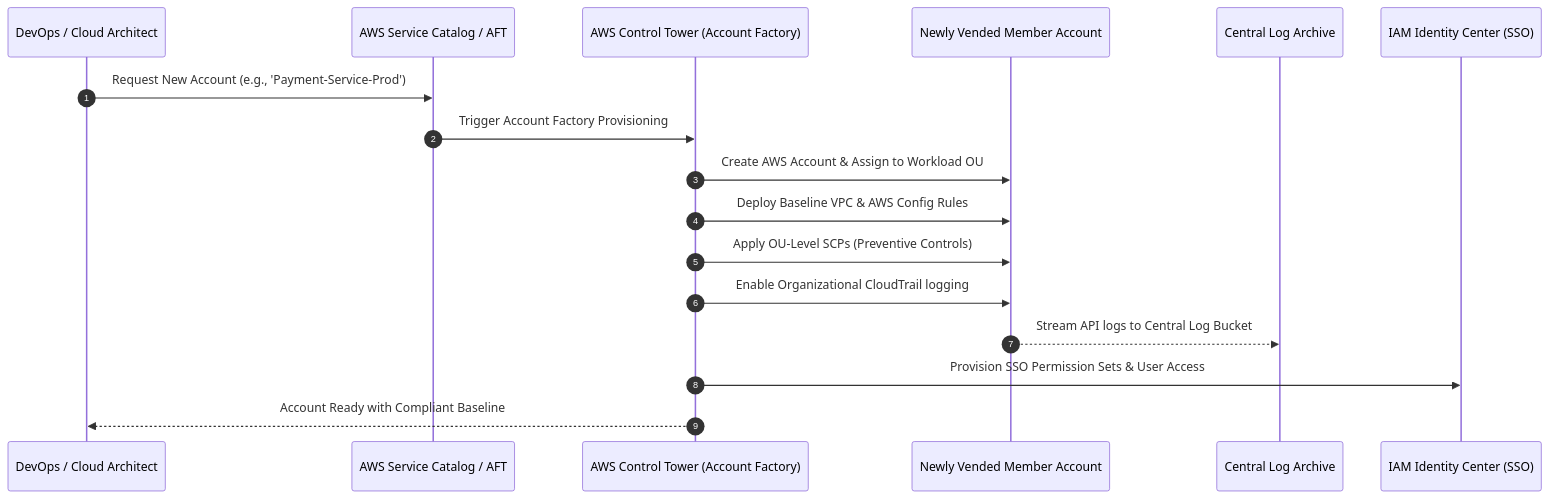
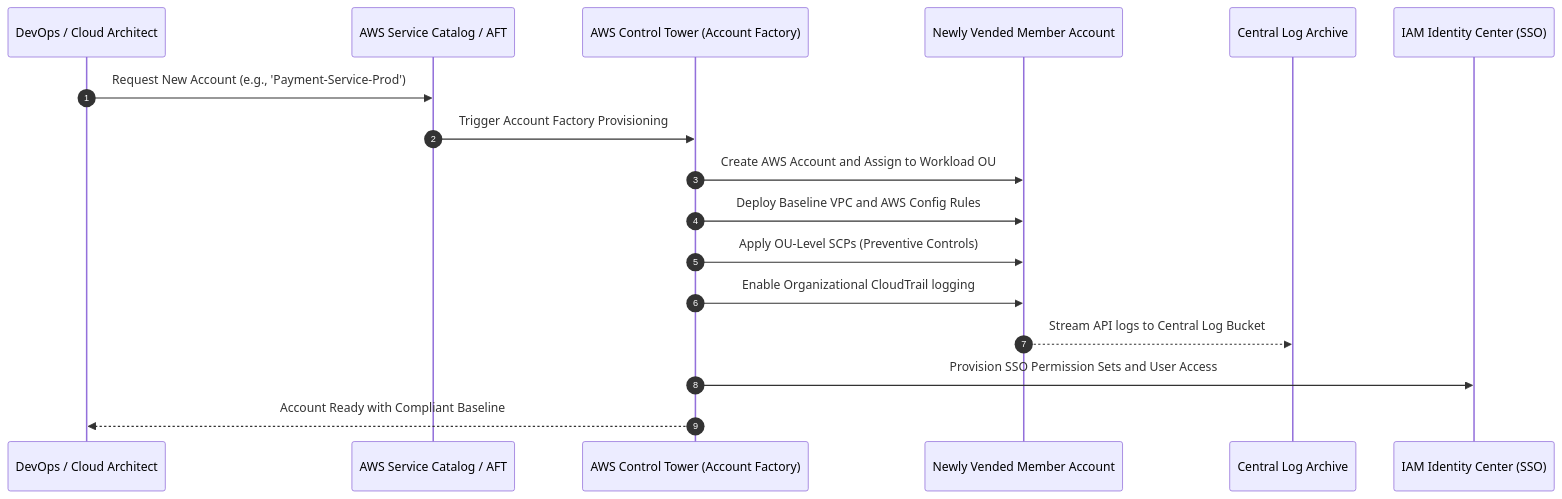
The seventh of 8 diagrams in Professional/1.4 AWS Organizations and AWS Control Tower.md (ReginRavi/AIP-C01), drawn with Mermaid before and after one commit. The commit also changed other lines of this file and 1 other file, not shown here.

Commit message:
Fix Mermaid diagram syntax in 1.3 and 1.4 study notes

````diff
--- a/Professional/1.4 AWS Organizations and AWS Control Tower.md
+++ b/Professional/1.4 AWS Organizations and AWS Control Tower.md
@@ -230,20 +235,20 @@
 ```mermaid
 sequenceDiagram
     autonumber
     participant Dev as DevOps / Cloud Architect
     participant SC as AWS Service Catalog / AFT
     participant CT as AWS Control Tower (Account Factory)
     participant NewAcc as Newly Vended Member Account
     participant LogArch as Central Log Archive
     participant Identity as IAM Identity Center (SSO)
 
-    Dev->>SC: Request New Account (e.g., 'Payment-Service-Prod')
-    SC->>CT: Trigger Account Factory Provisioning
-    CT->>NewAcc: Create AWS Account & Assign to Workload OU
-    CT->>NewAcc: Deploy Baseline VPC & AWS Config Rules
-    CT->>NewAcc: Apply OU-Level SCPs (Preventive Controls)
-    CT->>NewAcc: Enable Organizational CloudTrail logging
-    NewAcc-->>LogArch: Stream API logs to Central Log Bucket
-    CT->>Identity: Provision SSO Permission Sets & User Access
-    CT-->>Dev: Account Ready with Compliant Baseline
+    Dev ->> SC: Request New Account (e.g., 'Payment-Service-Prod')
+    SC ->> CT: Trigger Account Factory Provisioning
+    CT ->> NewAcc: Create AWS Account and Assign to Workload OU
+    CT ->> NewAcc: Deploy Baseline VPC and AWS Config Rules
+    CT ->> NewAcc: Apply OU-Level SCPs (Preventive Controls)
+    CT ->> NewAcc: Enable Organizational CloudTrail logging
+    NewAcc -->> LogArch: Stream API logs to Central Log Bucket
+    CT ->> Identity: Provision SSO Permission Sets and User Access
+    CT -->> Dev: Account Ready with Compliant Baseline
 ```
````
